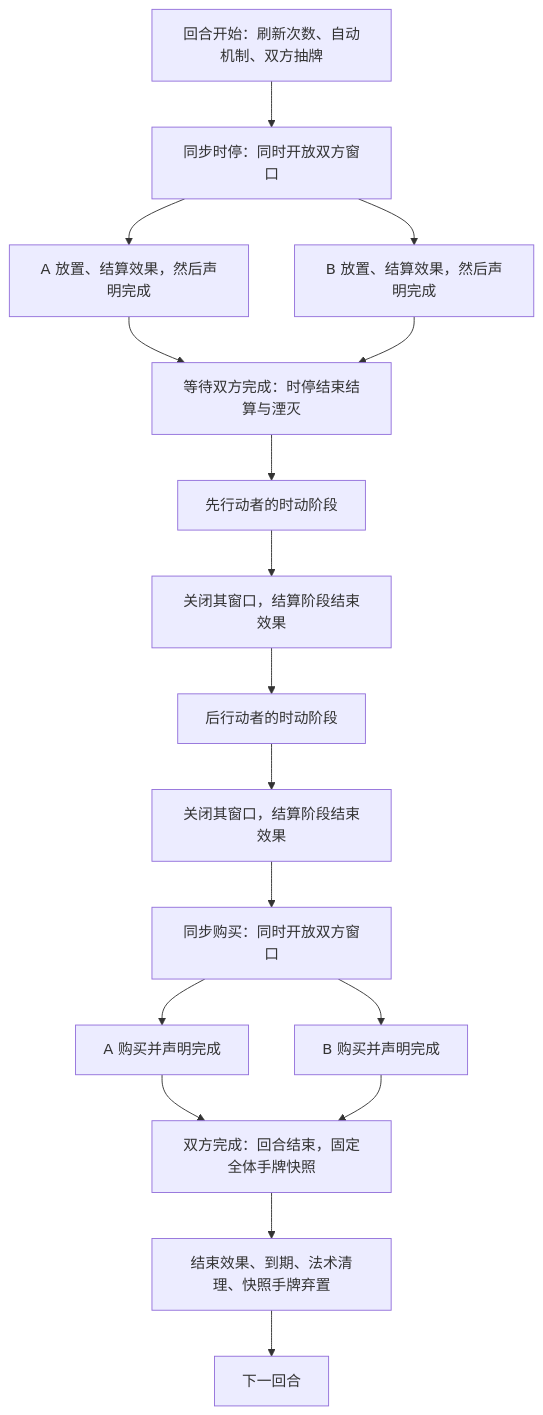
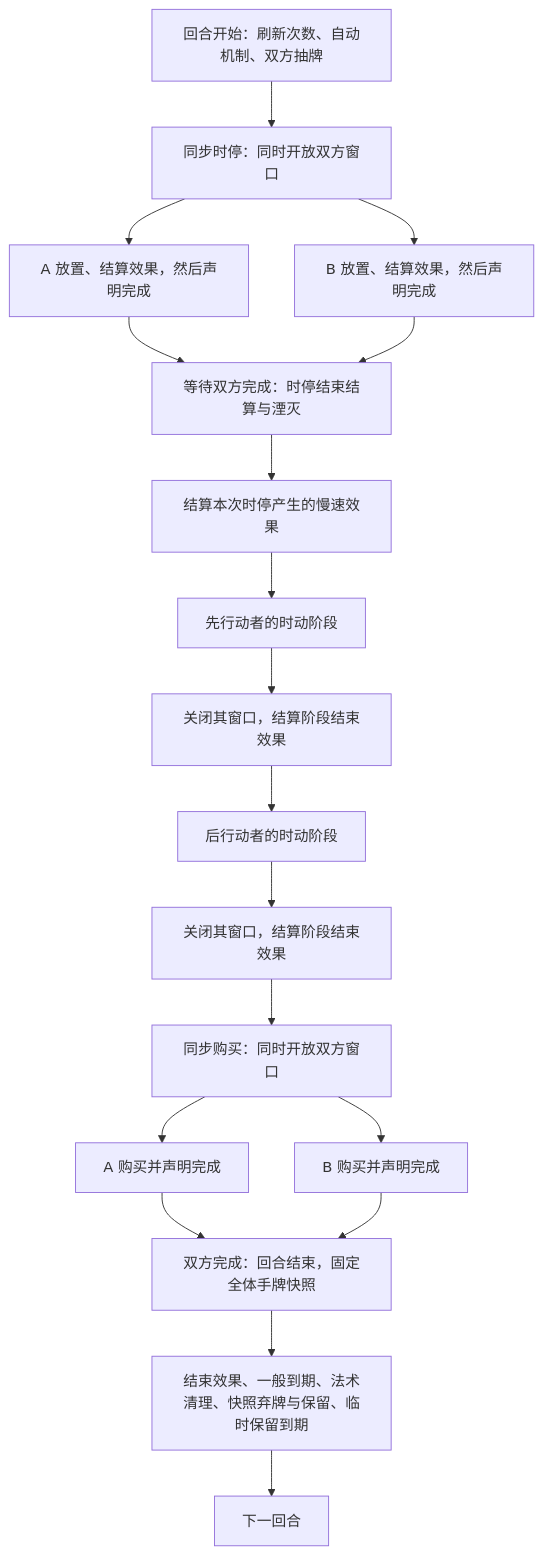
Before and after one commit to Time-Block-Hero/tbh-website: the diagram in docs/rules/common/rounds.md, drawn with Mermaid. The commit also changed other lines of this file and 16 other files, not shown here.

````diff
--- a/docs/rules/common/rounds.md
+++ b/docs/rules/common/rounds.md
@@ -17,20 +17,21 @@
 ```mermaid
 flowchart TD
   start["回合开始：刷新次数、自动机制、双方抽牌"]
   start --> stop["同步时停：同时开放双方窗口"]
   stop --> a["A 放置、结算效果，然后声明完成"]
   stop --> b["B 放置、结算效果，然后声明完成"]
   a --> join["等待双方完成：时停结束结算与湮灭"]
   b --> join
-  join --> first["先行动者的时动阶段"]
+  join --> slow["结算本次时停产生的慢速效果"]
+  slow --> first["先行动者的时动阶段"]
   first --> firstEnd["关闭其窗口，结算阶段结束效果"]
   firstEnd --> second["后行动者的时动阶段"]
   second --> secondEnd["关闭其窗口，结算阶段结束效果"]
   secondEnd --> shop["同步购买：同时开放双方窗口"]
   shop --> buyA["A 购买并声明完成"]
   shop --> buyB["B 购买并声明完成"]
   buyA --> finish["双方完成：回合结束，固定全体手牌快照"]
   buyB --> finish
-  finish --> clean["结束效果、到期、法术清理、快照手牌弃置"]
+  finish --> clean["结束效果、一般到期、法术清理、快照弃牌与保留、临时保留到期"]
   clean --> next["下一回合"]
 ```
````
